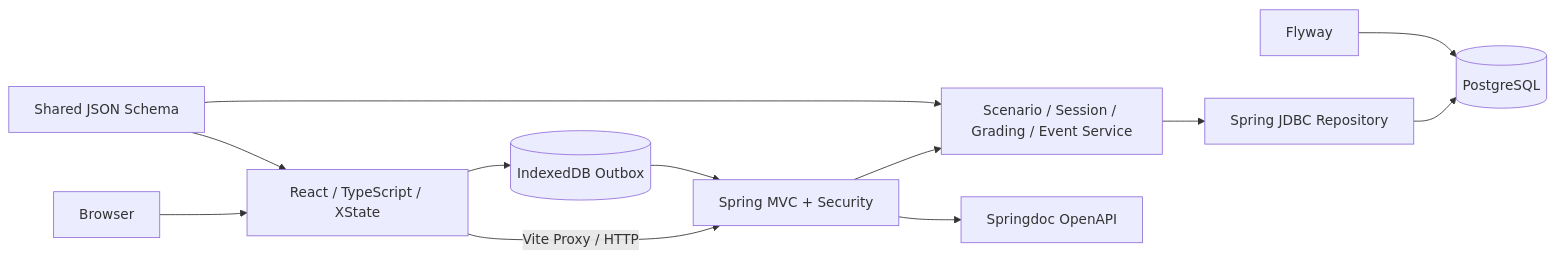
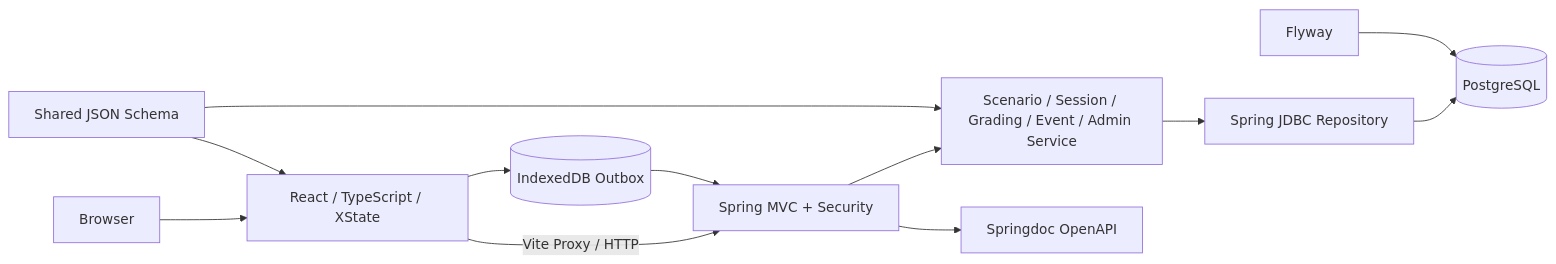
The fourth of 5 diagrams in README.md (ElephantAnthony/kiosk-web), drawn with Mermaid before and after one commit. The commit also changed other lines of this file and 9 other files, not shown here.

````diff
--- a/README.md
+++ b/README.md
@@ -144,14 +157,14 @@
 ```mermaid
 flowchart LR
     B[Browser] --> F[React / TypeScript / XState]
     F -->|Vite Proxy / HTTP| C[Spring MVC + Security]
-    C --> S[Scenario / Session / Grading / Event Service]
+    C --> S[Scenario / Session / Grading / Event / Admin Service]
     S --> R[Spring JDBC Repository]
     R --> P[(PostgreSQL)]
     F --> I[(IndexedDB Outbox)]
     I --> C
     J[Shared JSON Schema] --> F
     J --> S
     M[Flyway] --> P
     C --> O[Springdoc OpenAPI]
 ```
````
